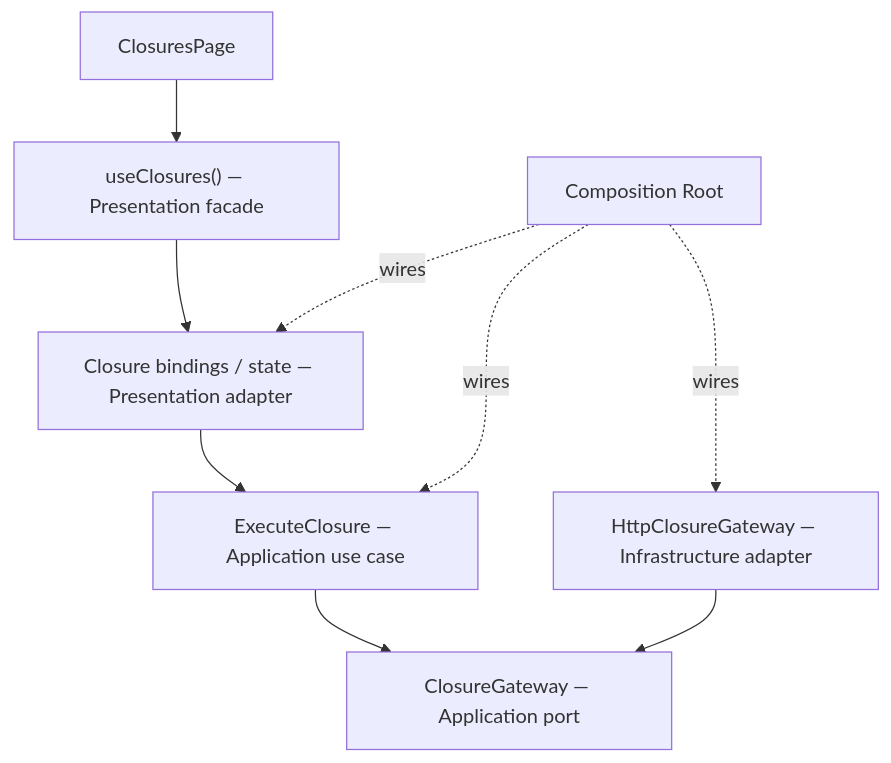
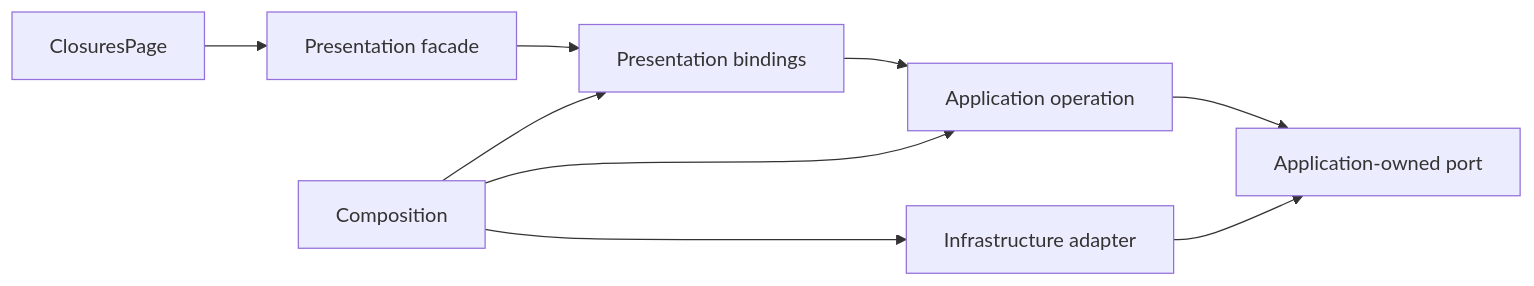
Before and after one commit to AndresTaoFlorez/software-architecture: the second of 2 diagrams in frontend/reference-case-study.md, drawn with Mermaid. The commit also changed other lines of this file and 6 other files, not shown here.

````diff
--- a/frontend/reference-case-study.md
+++ b/frontend/reference-case-study.md
@@ -385,8 +128,9 @@
 ```mermaid
-flowchart TD
-    PAGE["ClosuresPage"] --> VM["useClosures() — Presentation facade"] --> STATE["Closure bindings / state — Presentation adapter"] --> UC["ExecuteClosure — Application use case"] --> PORT["ClosureGateway — Application port"]
-    HTTP["HttpClosureGateway — Infrastructure adapter"] --> PORT
-    ROOT["Composition Root"] -. wires .-> HTTP
-    ROOT -. wires .-> UC
-    ROOT -. wires .-> STATE
+flowchart LR
+    PAGE["ClosuresPage"] --> VM["Presentation facade"] --> B["Presentation bindings"] --> UC["Application operation"]
+    UC --> PORT["Application-owned port"]
+    HTTP["Infrastructure adapter"] --> PORT
+    ROOT["Composition"] --> HTTP
+    ROOT --> UC
+    ROOT --> B
 ```
````
